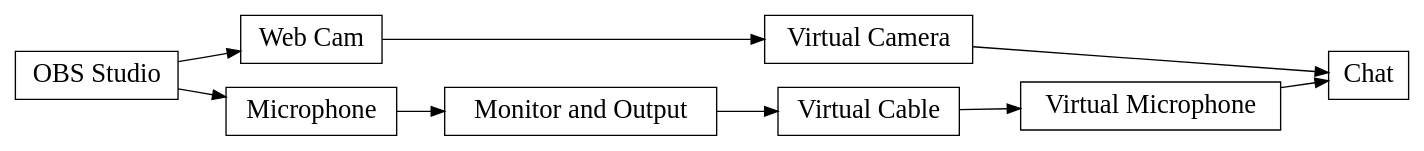
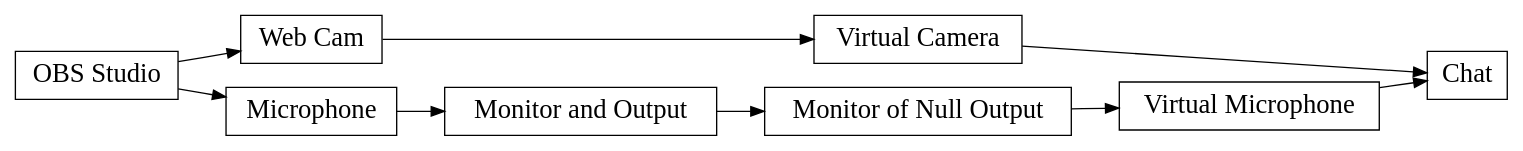
Before and after one commit to NapoleonWils0n/cerberus: the sixth of 8 diagrams in obs-studio/obs-diagram.org, drawn with Graphviz. The commit also changed other lines of this file, not shown here.

Commit message:
obs audio diagram

```diff
--- a/obs-studio/obs-diagram.org
+++ b/obs-studio/obs-diagram.org
@@ -99,28 +158,28 @@
-#+BEGIN_SRC dot :file virtual-audio-camera.png :cmdline -Kdot -Tpng
+#+BEGIN_SRC dot :file virtual-audio-camera-linux.png :cmdline -Kdot -Tpng
 digraph {
 // graph from left to right
 rankdir=LR;
 splines=true;
 node [shape=box fontname="Sans serif" fontsize="20"];
 edge [style=solid];
 
 // nodes
 obs [label="OBS Studio"]
 chat [label="Chat"]
       
 camera [label="Web Cam"]
 mic [label="Microphone"]
 
 monitor [label="Monitor and Output"]
 
-virtualcable [label="Virtual Cable"]
+virtualcable [label="Monitor of Null Output"]
 virtualcamera [label="Virtual Camera"]
 virtualmic [label="Virtual Microphone"]
 
 // graph
 obs -> {camera mic};
 mic -> monitor;
 monitor -> virtualcable -> virtualmic -> chat;
 camera -> virtualcamera -> chat
 }
 #+END_SRC
```
